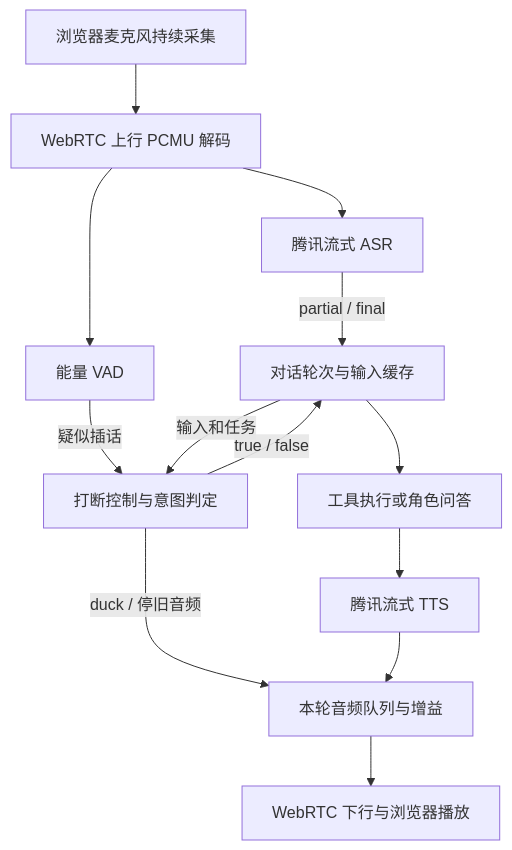
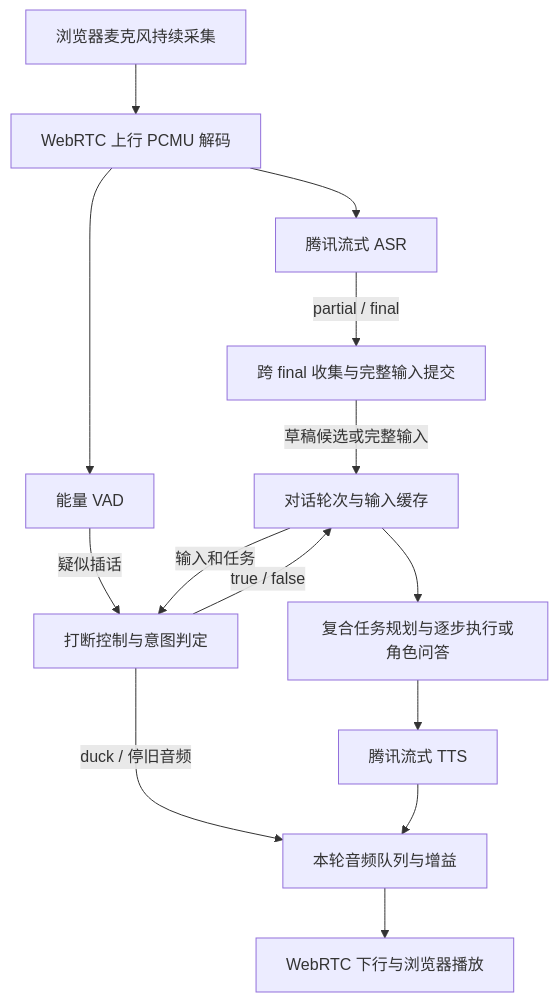
Before and after one commit to zjn20021020/WebRTC: the first of 2 diagrams in docs/作业任务说明.md, drawn with Mermaid. The commit also changed other lines of this file and 6 other files, not shown here.

Commit message:
docs: document ASR final merging and compound task planning

````diff
--- a/docs/作业任务说明.md
+++ b/docs/作业任务说明.md
@@ -62,25 +62,27 @@
 ```mermaid
 flowchart TB
   Client[浏览器麦克风持续采集]
   Up[WebRTC 上行 PCMU 解码]
   ASR[腾讯流式 ASR]
+  Merge[跨 final 收集与完整输入提交]
   VAD[能量 VAD]
   Turn[对话轮次与输入缓存]
   Intent[打断控制与意图判定]
-  Reply[工具执行或角色问答]
+  Reply[复合任务规划与逐步执行或角色问答]
   TTS[腾讯流式 TTS]
   Queue[本轮音频队列与增益]
   Down[WebRTC 下行与浏览器播放]
   Client --> Up
   Up --> ASR
   Up --> VAD
-  ASR -->|partial / final| Turn
+  ASR -->|partial / final| Merge
+  Merge -->|草稿候选或完整输入| Turn
   VAD -->|疑似插话| Intent
   Turn -->|输入和任务| Intent
   Intent -->|true / false| Turn
   Intent -->|duck / 停旧音频| Queue
   Turn --> Reply
   Reply --> TTS
   TTS --> Queue
   Queue --> Down
 ```
````
